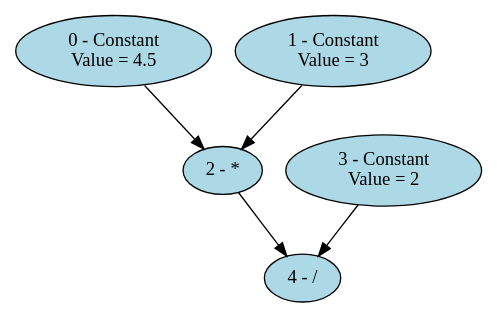
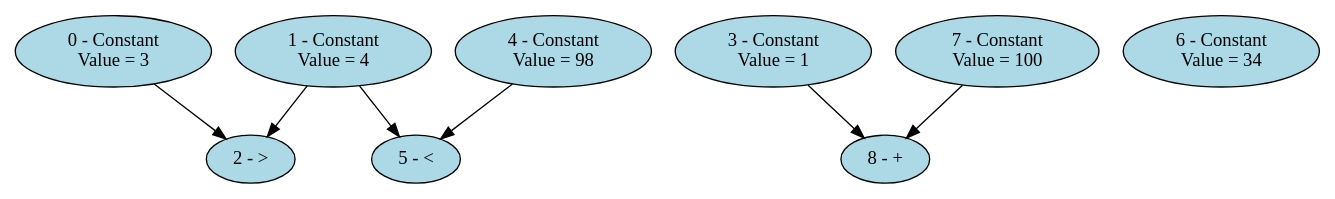
One commit to BentleyJOakes/SourceToSimulink changed the diagram in code/dot/simple.dot. Above: the diagram before and after it, drawn with Graphviz. The commit also changed 5 other files, not shown here.

```diff
--- a/code/dot/simple.dot
+++ b/code/dot/simple.dot
@@ -1,11 +1,17 @@
 digraph simple {
-"0 - Constant\n Value = 4.5" [style=filled, fillcolor=lightblue];
-"1 - Constant\n Value = 3" [style=filled, fillcolor=lightblue];
-"2 - *" [style=filled, fillcolor=lightblue];
-"3 - Constant\n Value = 2" [style=filled, fillcolor=lightblue];
-"4 - /" [style=filled, fillcolor=lightblue];
-"0 - Constant\n Value = 4.5" -> "2 - *";
-"1 - Constant\n Value = 3" -> "2 - *";
-"2 - *" -> "4 - /";
-"3 - Constant\n Value = 2" -> "4 - /";
+"0 - Constant\n Value = 3" [style=filled, fillcolor=lightblue];
+"1 - Constant\n Value = 4" [style=filled, fillcolor=lightblue];
+"2 - >" [style=filled, fillcolor=lightblue];
+"3 - Constant\n Value = 1" [style=filled, fillcolor=lightblue];
+"4 - Constant\n Value = 98" [style=filled, fillcolor=lightblue];
+"5 - <" [style=filled, fillcolor=lightblue];
+"6 - Constant\n Value = 34" [style=filled, fillcolor=lightblue];
+"7 - Constant\n Value = 100" [style=filled, fillcolor=lightblue];
+"8 - +" [style=filled, fillcolor=lightblue];
+"0 - Constant\n Value = 3" -> "2 - >";
+"1 - Constant\n Value = 4" -> "2 - >";
+"1 - Constant\n Value = 4" -> "5 - <";
+"4 - Constant\n Value = 98" -> "5 - <";
+"7 - Constant\n Value = 100" -> "8 - +";
+"3 - Constant\n Value = 1" -> "8 - +";
 }
```
